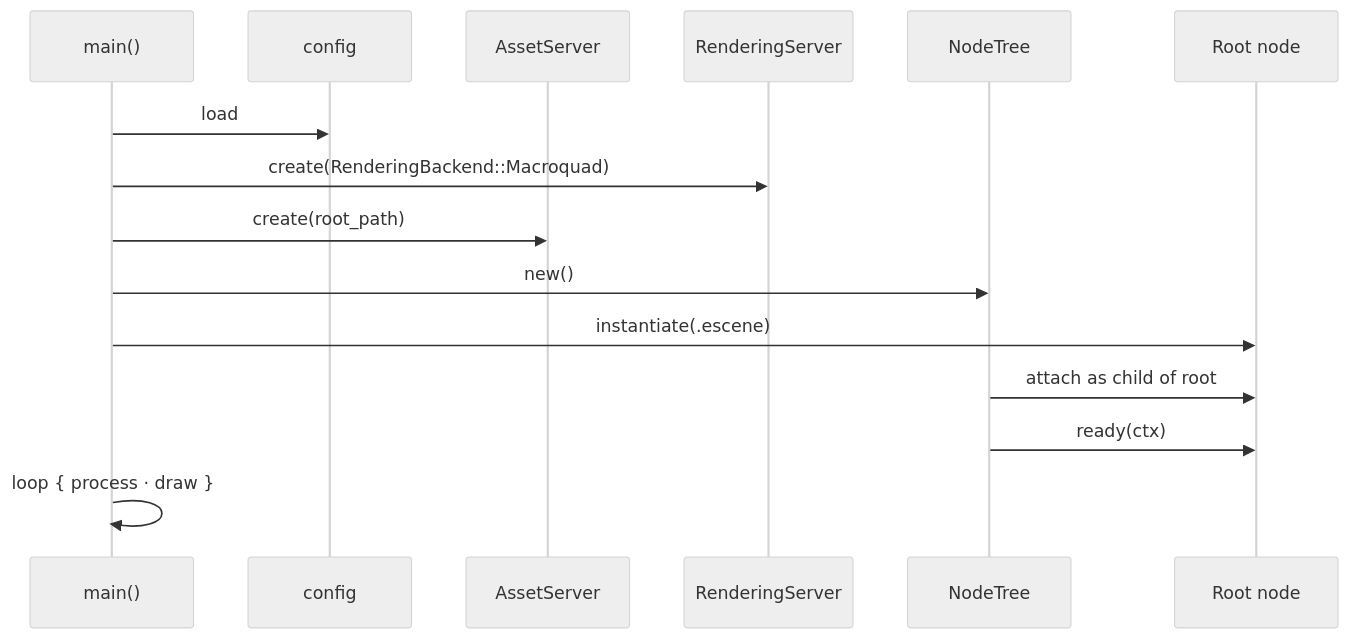
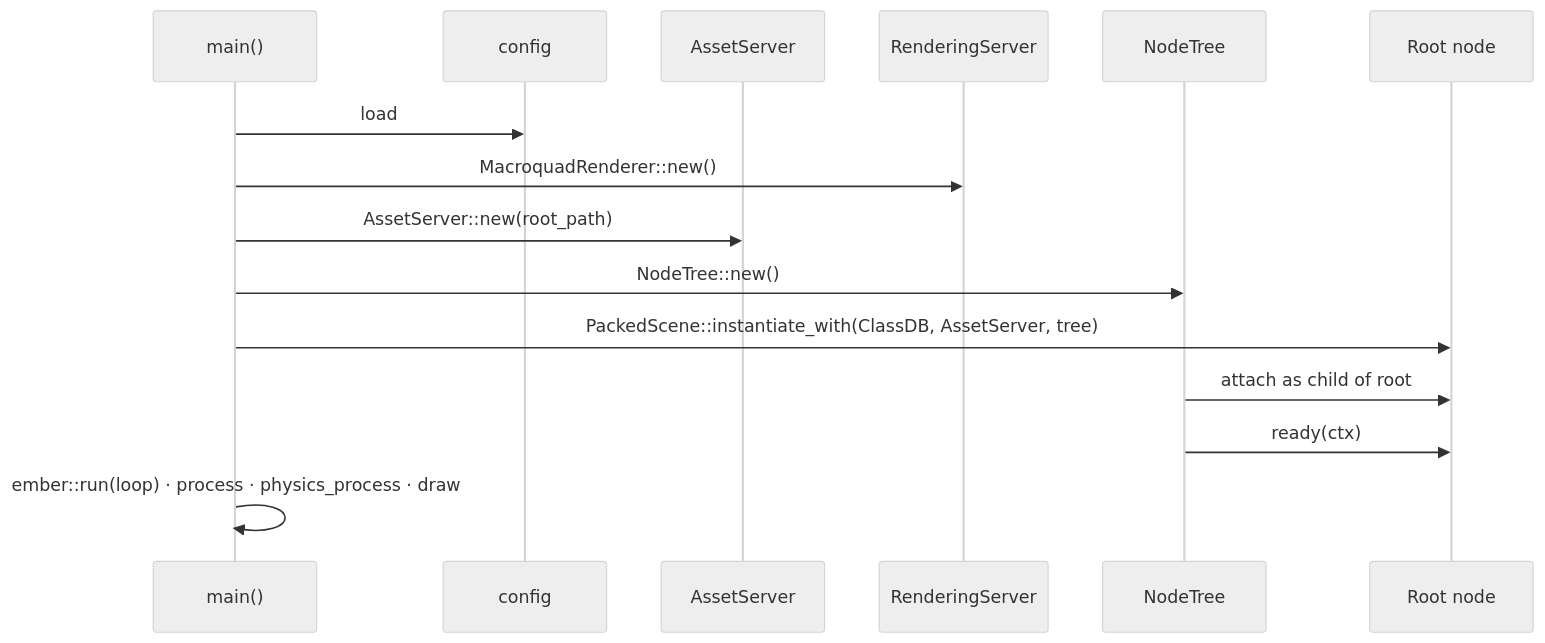
The fourth of 4 diagrams in docs/engine/v0.1/01-architecture.md (titouanthd/ember), drawn with Mermaid (neutral theme) before and after one commit. The commit also changed other lines of this file and 23 other files, not shown here.

````diff
--- a/docs/engine/v0.1/01-architecture.md
+++ b/docs/engine/v0.1/01-architecture.md
@@ -224,18 +229,18 @@
 ```mermaid
 sequenceDiagram
     participant Main as main()
     participant Cfg as config
     participant AS as AssetServer
     participant RS as RenderingServer
     participant Tree as NodeTree
     participant Root as Root node
 
     Main->>Cfg: load
-    Main->>RS: create(RenderingBackend::Macroquad)
-    Main->>AS: create(root_path)
-    Main->>Tree: new()
-    Main->>Root: instantiate(.escene)
+    Main->>RS: MacroquadRenderer::new()
+    Main->>AS: AssetServer::new(root_path)
+    Main->>Tree: NodeTree::new()
+    Main->>Root: PackedScene::instantiate_with(ClassDB, AssetServer, tree)
     Tree->>Root: attach as child of root
     Tree->>Root: ready(ctx)
-    Main->>Main: loop { process · draw }
+    Main->>Main: ember::run(loop) · process · physics_process · draw
 ```
````
